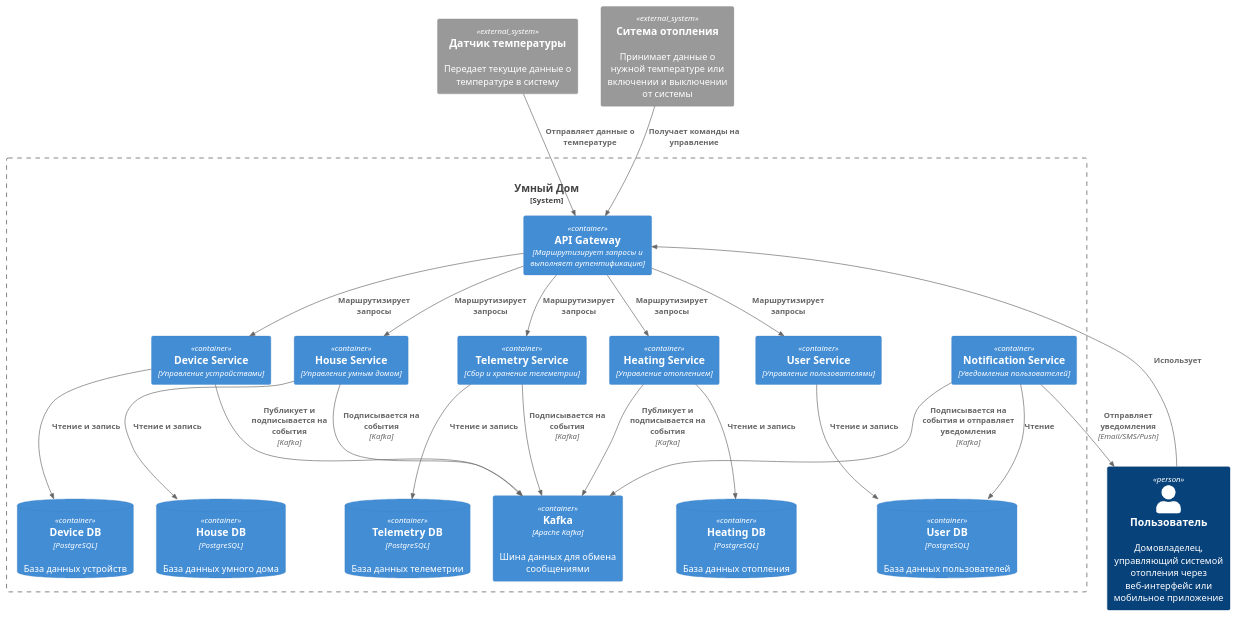
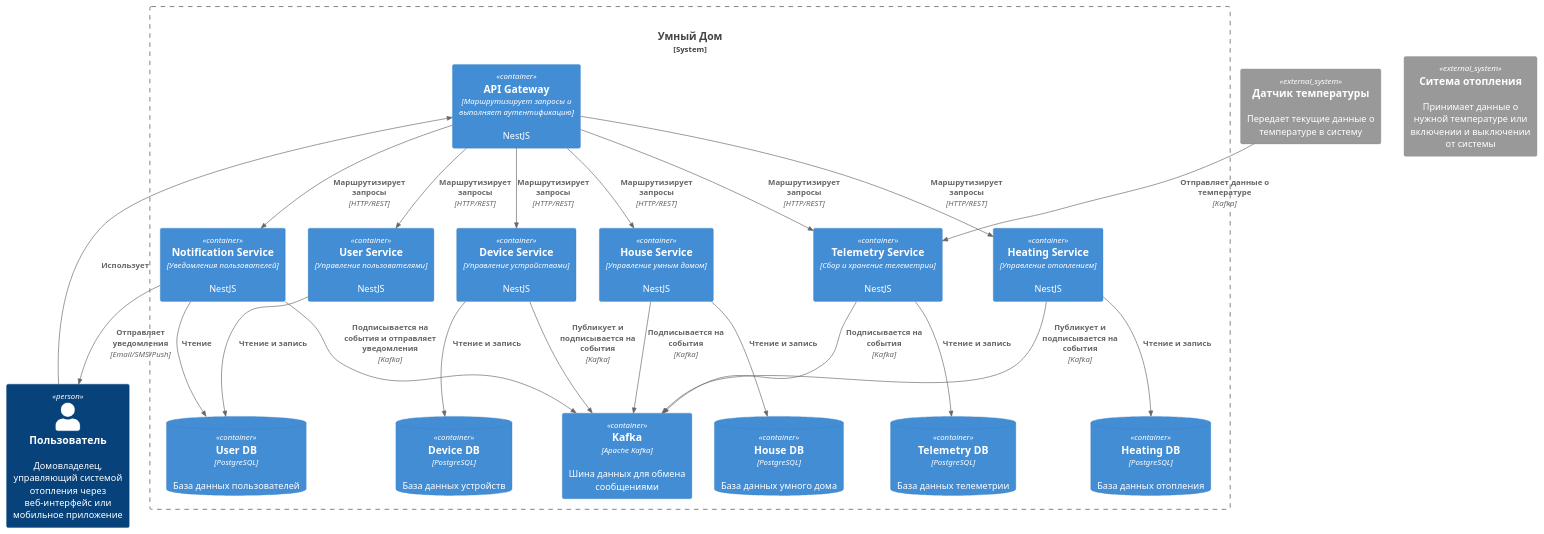
One commit to Veles-Pan/practicum-architecture-sprint-3 changed the first of 10 diagrams in docs/diagrams/src/task_2.puml. Above: the diagram before and after it, drawn with PlantUML. The commit also changed other lines of this file and 12 other files, not shown here.

```diff
--- a/docs/diagrams/src/task_2.puml
+++ b/docs/diagrams/src/task_2.puml
@@ -1,67 +1,68 @@
 @startuml smart_home_container
 
 !include C4_Context.puml
 !include C4_Container.puml
 !include C4_Component.puml
 
 ' Акторы
 Person(User, "Пользователь", "Домовладелец, управляющий системой отопления через веб-интерфейс или мобильное приложение")
 System_Ext(TemperatureSensor, "Датчик температуры", "Передает текущие данные о температуре в систему")
 System_Ext(HeatingSystem, "Ситема отопления", "Принимает данные о нужной температуре или включении и выключении от системы")
 
 ' Определение систем и контейнеров
 System_Boundary(system, "Умный Дом") {
 
     ' API Gateway
-    Container(apiGateway, "API Gateway", "Маршрутизирует запросы и выполняет аутентификацию")
+    Container(apiGateway, "API Gateway", "Маршрутизирует запросы и выполняет аутентификацию", "NestJS")
 
     ' Микросервисы
-    Container(heatingService, "Heating Service", "Управление отоплением")
-    Container(houseService, "House Service", "Управление умным домом")
-    Container(userService, "User Service", "Управление пользователями")
-    Container(deviceService, "Device Service", "Управление устройствами")
-    Container(telemetryService, "Telemetry Service", "Сбор и хранение телеметрии")
-    Container(notificationService, "Notification Service", "Уведомления пользователей")
+    Container(heatingService, "Heating Service", "Управление отоплением", "NestJS") 
+    Container(deviceService, "Device Service", "Управление устройствами", "NestJS")
+    Container(houseService, "House Service", "Управление умным домом", "NestJS")
+    Container(userService, "User Service", "Управление пользователями", "NestJS")
+    Container(telemetryService, "Telemetry Service", "Сбор и хранение телеметрии", "NestJS")
+    Container(notificationService, "Notification Service", "Уведомления пользователей", "NestJS")
+
 
     ' Базы данных
     ContainerDb(heatingDB, "Heating DB", "PostgreSQL", "База данных отопления")
     ContainerDb(houseDB, "House DB", "PostgreSQL", "База данных умного дома")
     ContainerDb(UserDB, "User DB", "PostgreSQL", "База данных пользователей")
     ContainerDb(telemetryDB, "Telemetry DB", "PostgreSQL", "База данных телеметрии")
     ContainerDb(deviceDB, "Device DB", "PostgreSQL", "База данных устройств")
 
     ' Шина данных
     Container(kafka, "Kafka", "Apache Kafka", "Шина данных для обмена сообщениями")
 
 }
 
 ' Взаимодействия
 Rel(User, apiGateway, "Использует")
-Rel(TemperatureSensor, apiGateway, "Отправляет данные о температуре")
-Rel(HeatingSystem, apiGateway, "Получает команды на управление")
-Rel(apiGateway, heatingService, "Маршрутизирует запросы")
-Rel(apiGateway, houseService, "Маршрутизирует запросы")
-Rel(apiGateway, userService, "Маршрутизирует запросы")
-Rel(apiGateway, deviceService, "Маршрутизирует запросы")
-Rel(apiGateway, telemetryService, "Маршрутизирует запросы")
+Rel(TemperatureSensor, telemetryService, "Отправляет данные о температуре", "Kafka")
+Rel(apiGateway, heatingService, "Маршрутизирует запросы", "HTTP/REST")
+Rel(apiGateway, houseService, "Маршрутизирует запросы", "HTTP/REST")
+Rel(apiGateway, userService, "Маршрутизирует запросы", "HTTP/REST")
+Rel(apiGateway, deviceService, "Маршрутизирует запросы", "HTTP/REST")
+Rel(apiGateway, telemetryService, "Маршрутизирует запросы", "HTTP/REST")
+Rel(apiGateway, notificationService, "Маршрутизирует запросы", "HTTP/REST")
 
 ' Микросервисы и их базы данных
 Rel(heatingService, heatingDB, "Чтение и запись")
 Rel(userService, UserDB, "Чтение и запись")
 Rel(houseService, houseDB, "Чтение и запись")
 Rel(notificationService, UserDB, "Чтение")
 Rel(telemetryService, telemetryDB, "Чтение и запись")
 Rel(deviceService, deviceDB, "Чтение и запись")
 
 ' Микросервисы взаимодействуют через Kafka
 Rel(heatingService, kafka, "Публикует и подписывается на события", "Kafka")
 Rel(notificationService, kafka, "Подписывается на события и отправляет уведомления", "Kafka")
 Rel(deviceService, kafka, "Публикует и подписывается на события", "Kafka")
 Rel(houseService, kafka, "Подписывается на события", "Kafka")
 Rel(telemetryService, kafka, "Подписывается на события", "Kafka")
 
 
 ' Уведомления пользователю
 Rel(notificationService, User, "Отправляет уведомления", "Email/SMS/Push")
 
 @enduml
```
